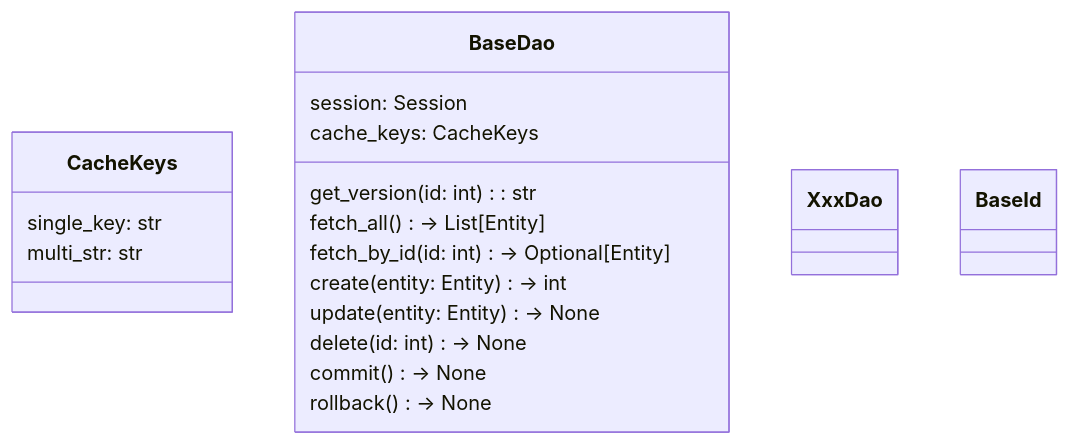
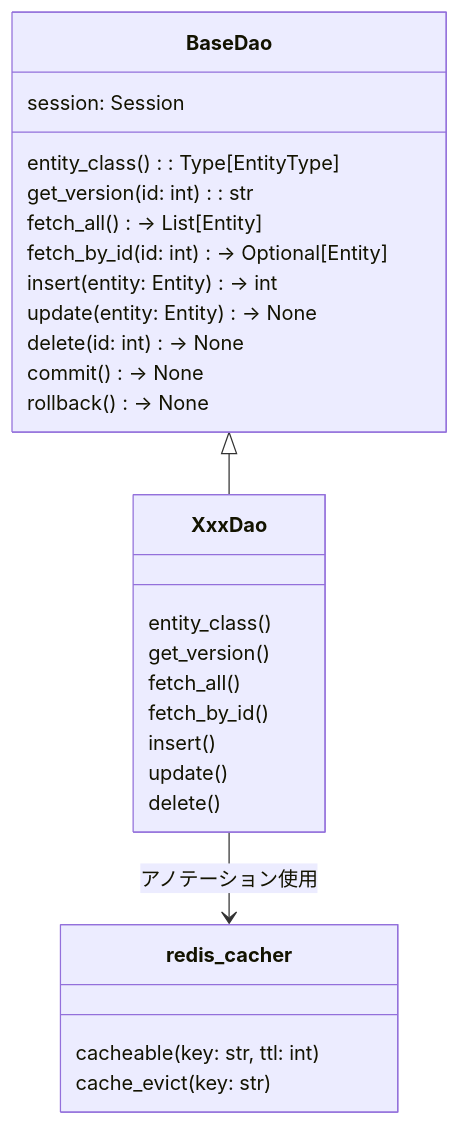
Before and after one commit to shuhei1101/allowance-questboard: the diagram in docs/ja/api/dao.md, drawn with Mermaid. The commit also changed other lines of this file and 36 other files, not shown here.

````diff
--- a/docs/ja/api/dao.md
+++ b/docs/ja/api/dao.md
@@ -10,24 +10,34 @@
 ```mermaid
 classDiagram
-    class CacheKeys {
-      single_key: str
-      multi_str: str
+    class redis_cacher {
+      cacheable(key: str, ttl: int)
+      cache_evict(key: str)
     }
 
     class BaseDao {
       session: Session
-      cache_keys: CacheKeys
+      entity_class(): Type[EntityType]
 
       get_version(id: int): str
       fetch_all() -> List[Entity]
       fetch_by_id(id: int) -> Optional[Entity]
-      create(entity: Entity) -> int
+      insert(entity: Entity) -> int
       update(entity: Entity) -> None
       delete(id: int) -> None
       commit() -> None
       rollback() -> None
     }
 
-    class XxxDao
-    class BaseId
+    class XxxDao {
+      entity_class()
+      get_version()
+      fetch_all()
+      fetch_by_id()
+      insert()
+      update()
+      delete()
+    }
+
+    BaseDao <|-- XxxDao
+    XxxDao --> redis_cacher : アノテーション使用
 ```
````
